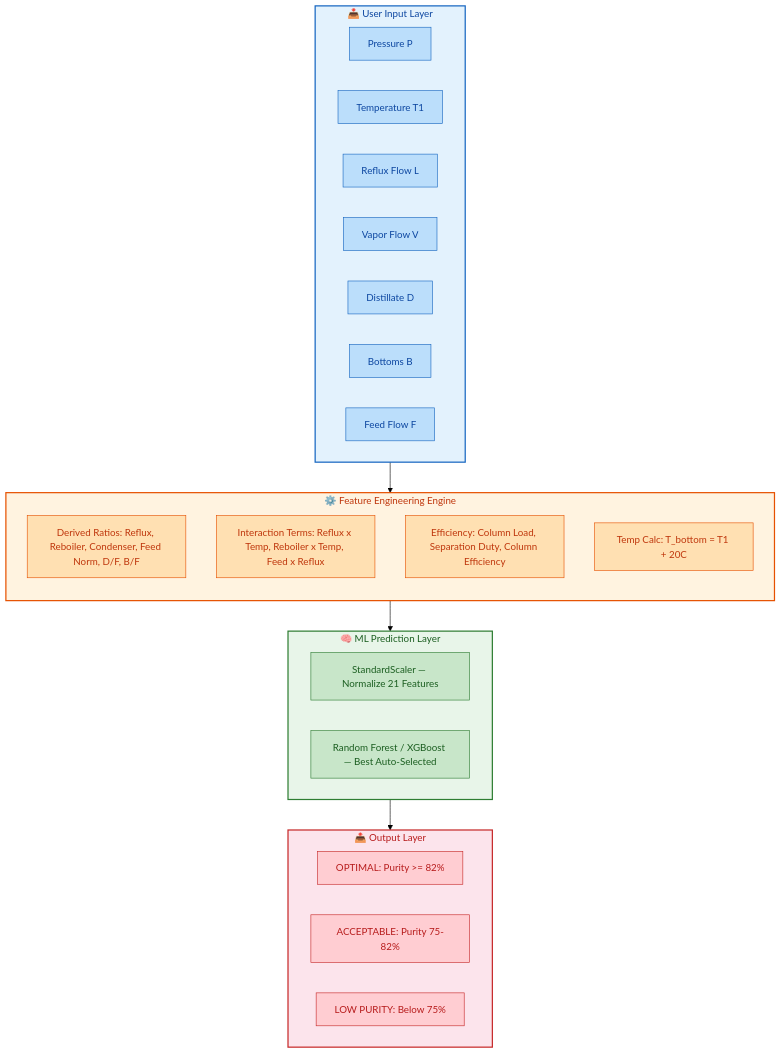
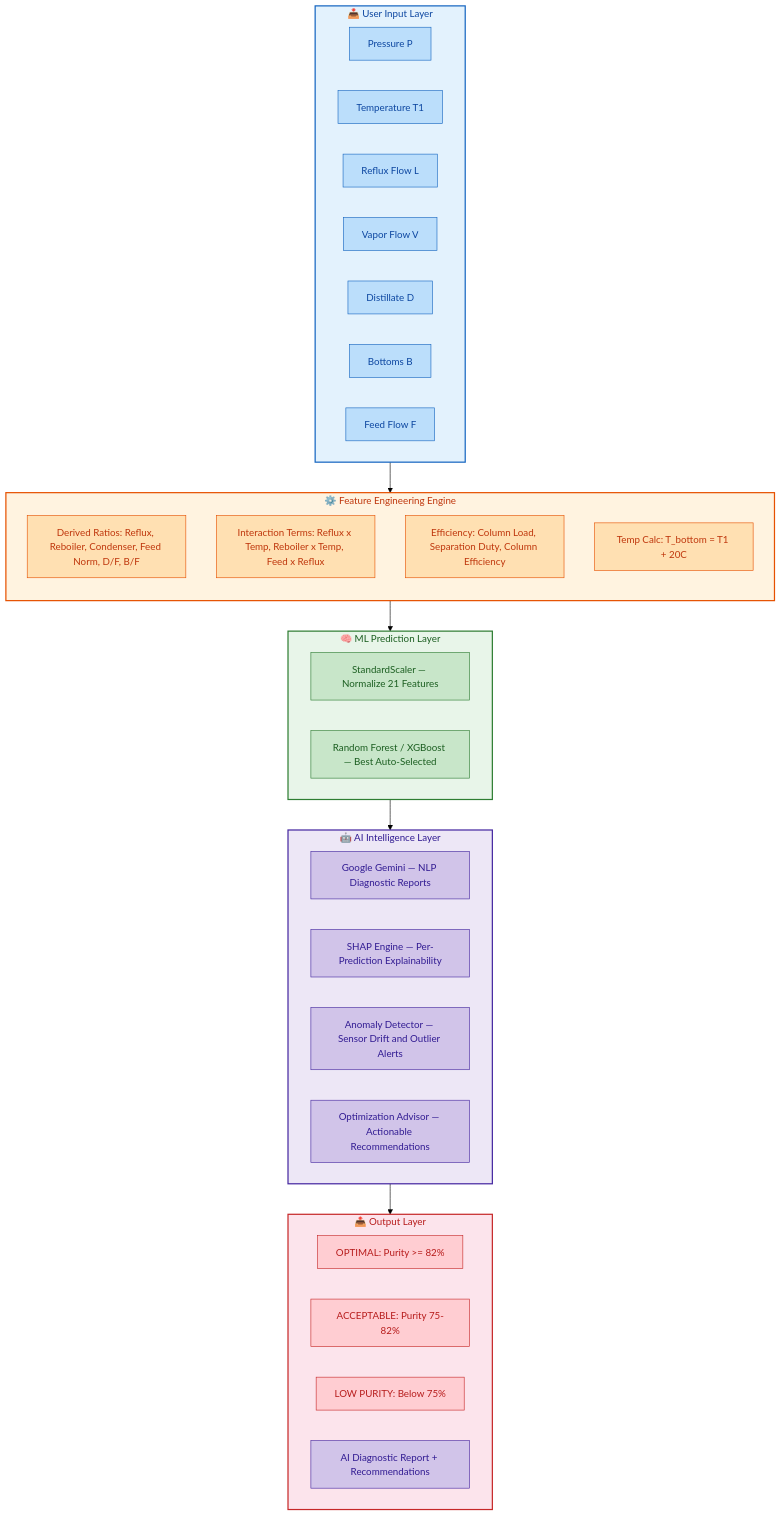
The first of 3 diagrams in README.md (KrishnaNsingh/Distillation-Column-Prediction), drawn with Mermaid (forest theme) before and after one commit. The commit also changed other lines of this file, not shown here.

Commit message:
feat: integrate AI intelligence layer with Google Gemini and SHAP for advanced diagnostics and optimization

````diff
--- a/README.md
+++ b/README.md
@@ -87,56 +96,71 @@
 ```mermaid
 graph TB
     subgraph INPUT["📥 User Input Layer"]
         A["Pressure P"]
         B["Temperature T1"]
         C["Reflux Flow L"]
         D["Vapor Flow V"]
         E["Distillate D"]
         F["Bottoms B"]
         G["Feed Flow F"]
     end
 
     subgraph ENGINE["⚙️ Feature Engineering Engine"]
         direction TB
         H["Derived Ratios: Reflux, Reboiler, Condenser, Feed Norm, D/F, B/F"]
         I["Interaction Terms: Reflux x Temp, Reboiler x Temp, Feed x Reflux"]
         J["Efficiency: Column Load, Separation Duty, Column Efficiency"]
         K["Temp Calc: T_bottom = T1 + 20C"]
     end
 
     subgraph MODEL["🧠 ML Prediction Layer"]
         L["StandardScaler — Normalize 21 Features"]
         M["Random Forest / XGBoost — Best Auto-Selected"]
     end
 
+    subgraph AICORE["🤖 AI Intelligence Layer"]
+        Q["Google Gemini — NLP Diagnostic Reports"]
+        R["SHAP Engine — Per-Prediction Explainability"]
+        S["Anomaly Detector — Sensor Drift and Outlier Alerts"]
+        T["Optimization Advisor — Actionable Recommendations"]
+    end
+
     subgraph OUTPUT["📤 Output Layer"]
         N["OPTIMAL: Purity >= 82%"]
         O["ACCEPTABLE: Purity 75-82%"]
         P["LOW PURITY: Below 75%"]
+        U["AI Diagnostic Report + Recommendations"]
     end
 
     INPUT --> ENGINE
     ENGINE --> MODEL
-    MODEL --> OUTPUT
+    MODEL --> AICORE
+    AICORE --> OUTPUT
 
     style INPUT fill:#E3F2FD,stroke:#1565C0,stroke-width:2px,color:#0D47A1
     style ENGINE fill:#FFF3E0,stroke:#E65100,stroke-width:2px,color:#BF360C
     style MODEL fill:#E8F5E9,stroke:#2E7D32,stroke-width:2px,color:#1B5E20
     style OUTPUT fill:#FCE4EC,stroke:#C62828,stroke-width:2px,color:#B71C1C
     style A fill:#BBDEFB,stroke:#1565C0,color:#0D47A1
     style B fill:#BBDEFB,stroke:#1565C0,color:#0D47A1
     style C fill:#BBDEFB,stroke:#1565C0,color:#0D47A1
     style D fill:#BBDEFB,stroke:#1565C0,color:#0D47A1
     style E fill:#BBDEFB,stroke:#1565C0,color:#0D47A1
     style F fill:#BBDEFB,stroke:#1565C0,color:#0D47A1
     style G fill:#BBDEFB,stroke:#1565C0,color:#0D47A1
     style H fill:#FFE0B2,stroke:#E65100,color:#BF360C
     style I fill:#FFE0B2,stroke:#E65100,color:#BF360C
     style J fill:#FFE0B2,stroke:#E65100,color:#BF360C
     style K fill:#FFE0B2,stroke:#E65100,color:#BF360C
     style L fill:#C8E6C9,stroke:#2E7D32,color:#1B5E20
     style M fill:#C8E6C9,stroke:#2E7D32,color:#1B5E20
+    style AICORE fill:#EDE7F6,stroke:#4527A0,stroke-width:2px,color:#311B92
+    style Q fill:#D1C4E9,stroke:#4527A0,color:#311B92
+    style R fill:#D1C4E9,stroke:#4527A0,color:#311B92
+    style S fill:#D1C4E9,stroke:#4527A0,color:#311B92
+    style T fill:#D1C4E9,stroke:#4527A0,color:#311B92
     style N fill:#FFCDD2,stroke:#C62828,color:#B71C1C
     style O fill:#FFCDD2,stroke:#C62828,color:#B71C1C
     style P fill:#FFCDD2,stroke:#C62828,color:#B71C1C
+    style U fill:#D1C4E9,stroke:#4527A0,color:#311B92
 ```
````
